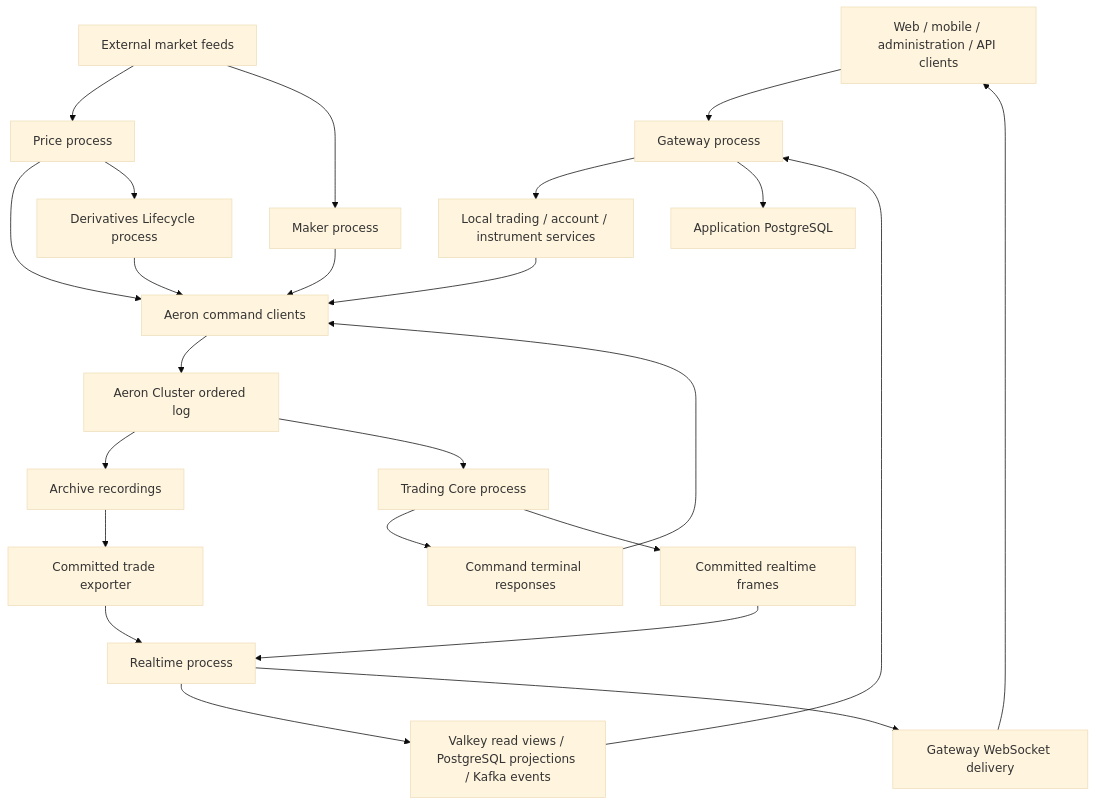
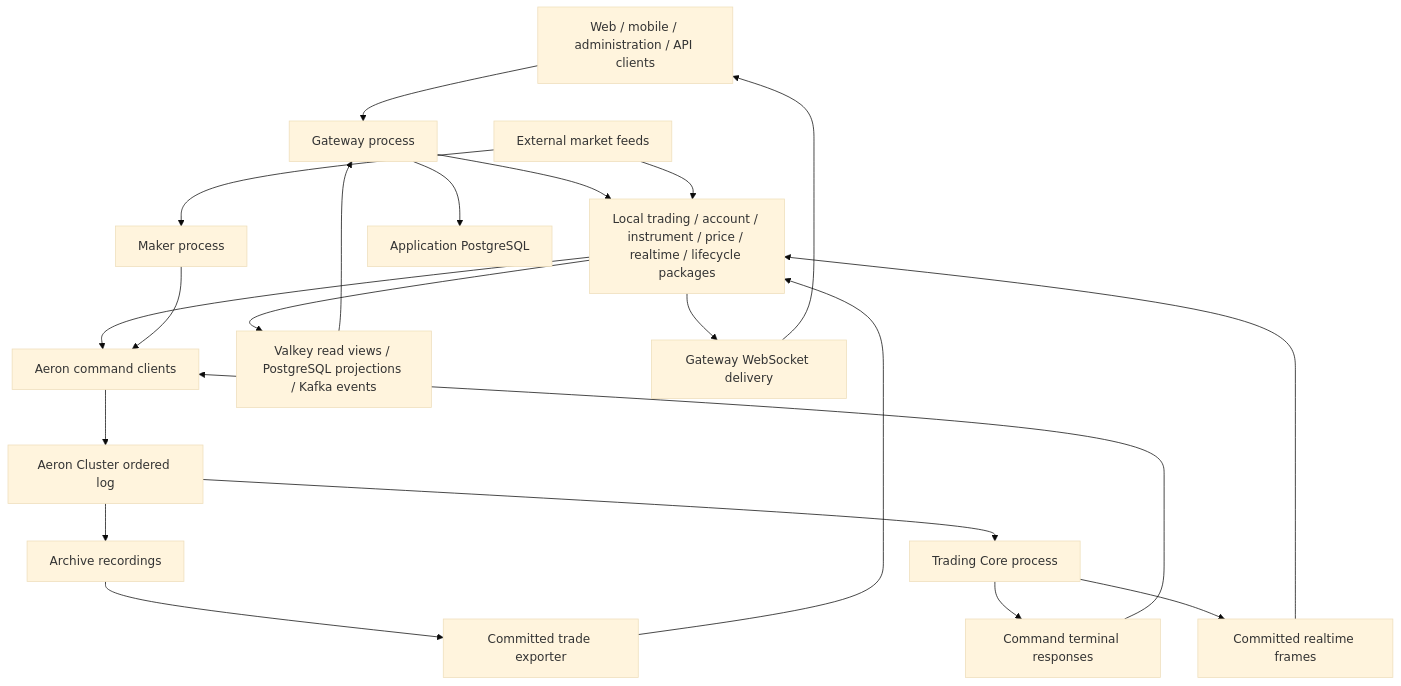
One commit to lilaizhencn/surprising-ex changed the first of 15 diagrams in README.md. Above: the diagram before and after it, drawn with Mermaid (base theme). The commit also changed other lines of this file and 22 other files, not shown here.

Commit message:
Merge price, realtime, and derivatives-lifecycle providers into surprising-gateway

````diff
--- a/README.md
+++ b/README.md
@@ -22,26 +22,23 @@
 ```mermaid
 flowchart TB
     Clients[Web / mobile / administration / API clients] --> Gateway[Gateway process]
-    Gateway --> Business[Local trading / account / instrument services]
+    Gateway --> Business[Local trading / account / instrument / price / realtime / lifecycle packages]
     Business --> Client[Aeron command clients]
     Maker[Maker process] --> Client
-    Lifecycle[Derivatives Lifecycle process] --> Client
-    Price[Price process] --> Client
     Client --> Cluster[Aeron Cluster ordered log]
     Cluster --> Archive[Archive recordings]
     Cluster --> Core[Trading Core process]
     Core --> Reply[Command terminal responses]
     Reply --> Client
     Core --> Live[Committed realtime frames]
-    Live --> Realtime[Realtime process]
+    Live --> Business
     Archive --> Export[Committed trade exporter]
-    Export --> Realtime
-    Realtime --> Views[Valkey read views / PostgreSQL projections / Kafka events]
+    Export --> Business
+    Business --> Views[Valkey read views / PostgreSQL projections / Kafka events]
     Views --> Gateway
-    Realtime --> WS[Gateway WebSocket delivery]
+    Business --> WS[Gateway WebSocket delivery]
     WS --> Clients
-    External[External market feeds] --> Price
+    External[External market feeds] --> Business
     External --> Maker
-    Price --> Lifecycle
     Gateway --> DB[Application PostgreSQL]
 ```
````
